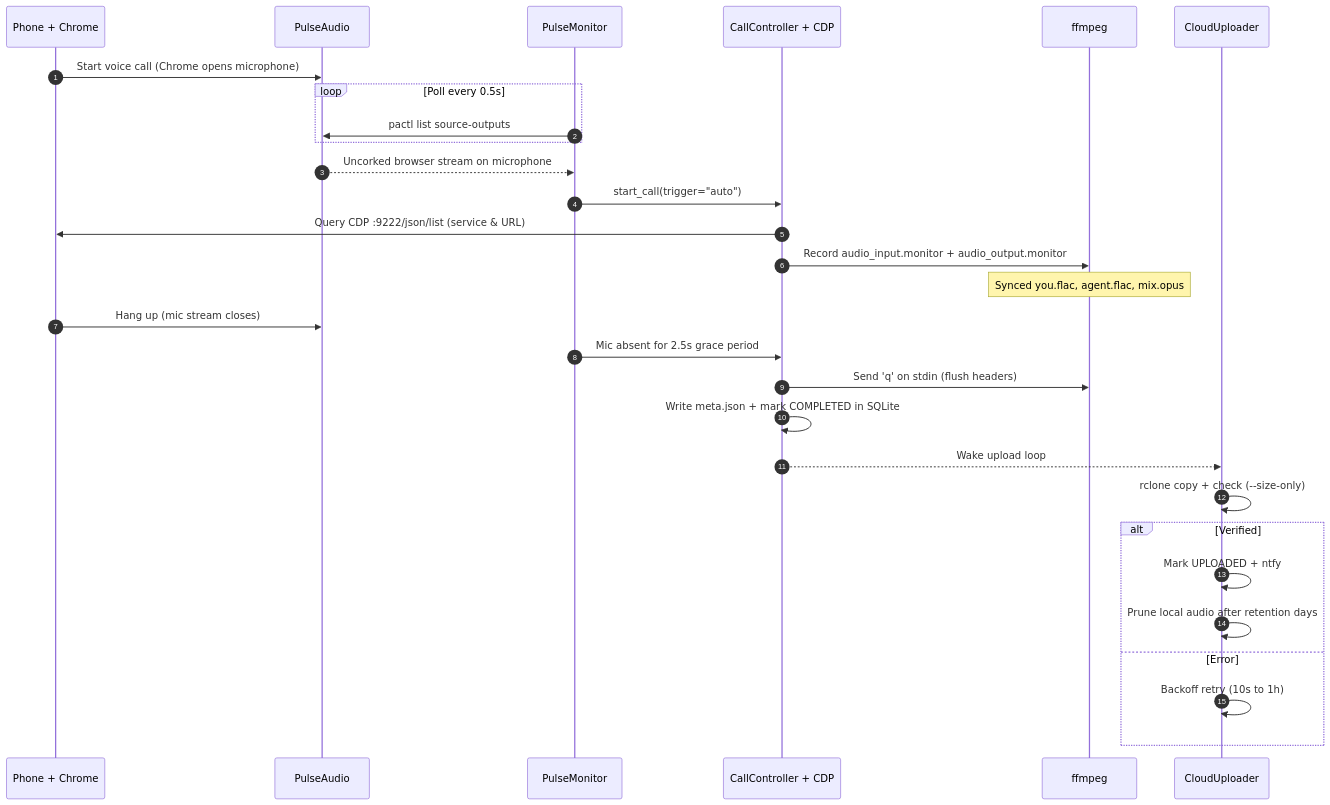
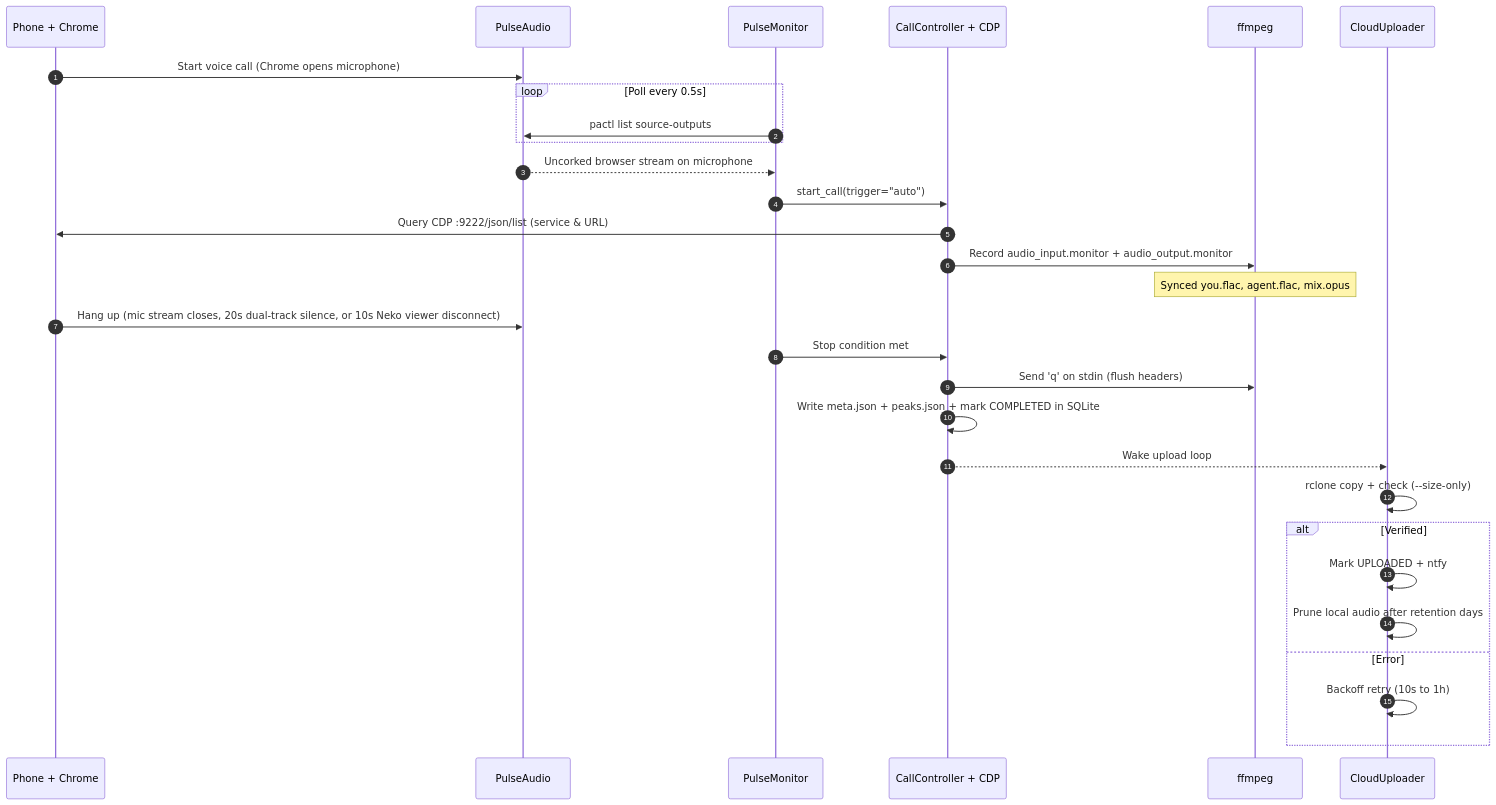
The second of 3 diagrams in README.md (tuann04/calltap), drawn with Mermaid before and after one commit. The commit also changed other lines of this file and 26 other files, not shown here.

First line of the commit message:
Auto-stop calls on silence or Neko disconnect and add deploy docs

````diff
--- a/README.md
+++ b/README.md
@@ -75,34 +75,34 @@
 ```mermaid
 sequenceDiagram
   autonumber
   participant B as Phone + Chrome
   participant PA as PulseAudio
   participant M as PulseMonitor
   participant C as CallController + CDP
   participant F as ffmpeg
   participant U as CloudUploader
 
   B->>PA: Start voice call (Chrome opens microphone)
   loop Poll every 0.5s
     M->>PA: pactl list source-outputs
   end
   PA-->>M: Uncorked browser stream on microphone
   M->>C: start_call(trigger="auto")
   C->>B: Query CDP :9222/json/list (service & URL)
   C->>F: Record audio_input.monitor + audio_output.monitor
   Note over F: Synced you.flac, agent.flac, mix.opus
 
-  B->>PA: Hang up (mic stream closes)
-  M->>C: Mic absent for 2.5s grace period
+  B->>PA: Hang up (mic stream closes, 20s dual-track silence, or 10s Neko viewer disconnect)
+  M->>C: Stop condition met
   C->>F: Send 'q' on stdin (flush headers)
-  C->>C: Write meta.json + mark COMPLETED in SQLite
+  C->>C: Write meta.json + peaks.json + mark COMPLETED in SQLite
   C-->>U: Wake upload loop
 
   U->>U: rclone copy + check (--size-only)
   alt Verified
     U->>U: Mark UPLOADED + ntfy
     U->>U: Prune local audio after retention days
   else Error
     U->>U: Backoff retry (10s to 1h)
   end
 ```
````
